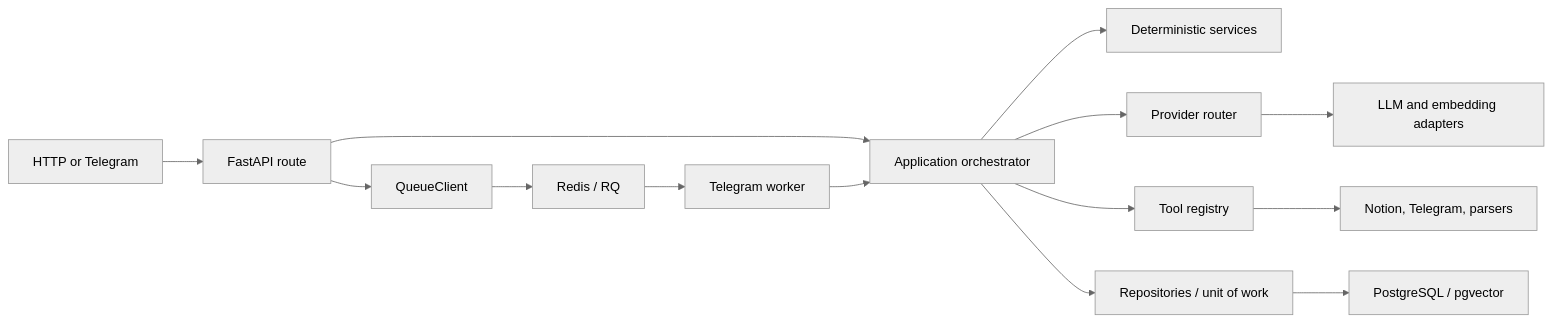
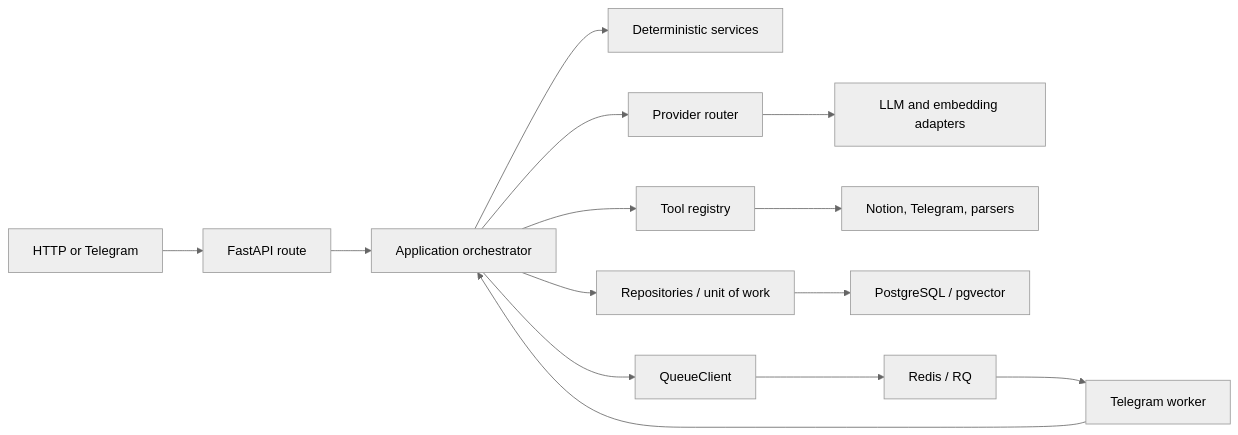
Before and after one commit to rileylai/learnloop-agent: the diagram in docs/00-design-doc.md, drawn with Mermaid (neutral theme). The commit also changed other lines of this file and 18 other files, not shown here.

````diff
--- a/docs/00-design-doc.md
+++ b/docs/00-design-doc.md
@@ -77,16 +83,16 @@
 ```mermaid
 flowchart LR
     Client["HTTP or Telegram"] --> Route["FastAPI route"]
     Route --> Orchestrator["Application orchestrator"]
     Orchestrator --> Policy["Deterministic services"]
     Orchestrator --> Provider["Provider router"]
     Orchestrator --> Tools["Tool registry"]
     Orchestrator --> Repository["Repositories / unit of work"]
     Provider --> LLM["LLM and embedding adapters"]
     Tools --> External["Notion, Telegram, parsers"]
     Repository --> Database["PostgreSQL / pgvector"]
-    Route --> Queue["QueueClient"]
+    Orchestrator --> Queue["QueueClient"]
     Queue --> Redis["Redis / RQ"]
     Redis --> Worker["Telegram worker"]
     Worker --> Orchestrator
 ```
````
